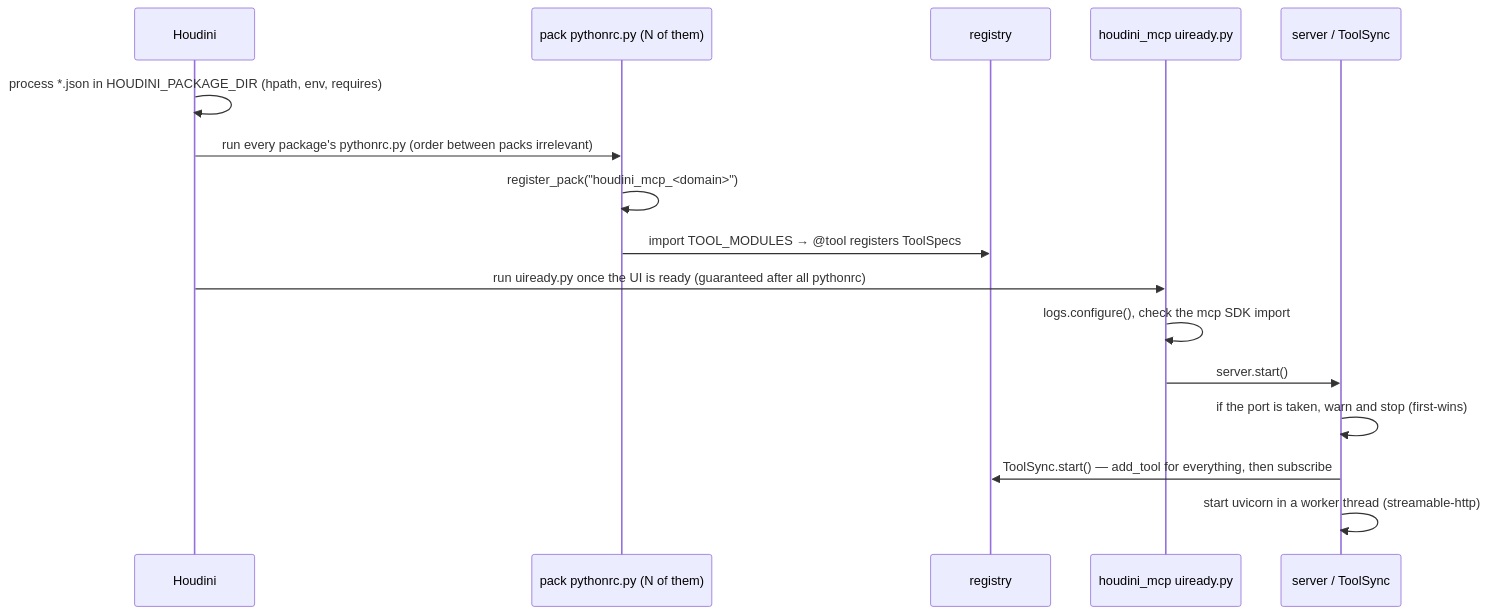
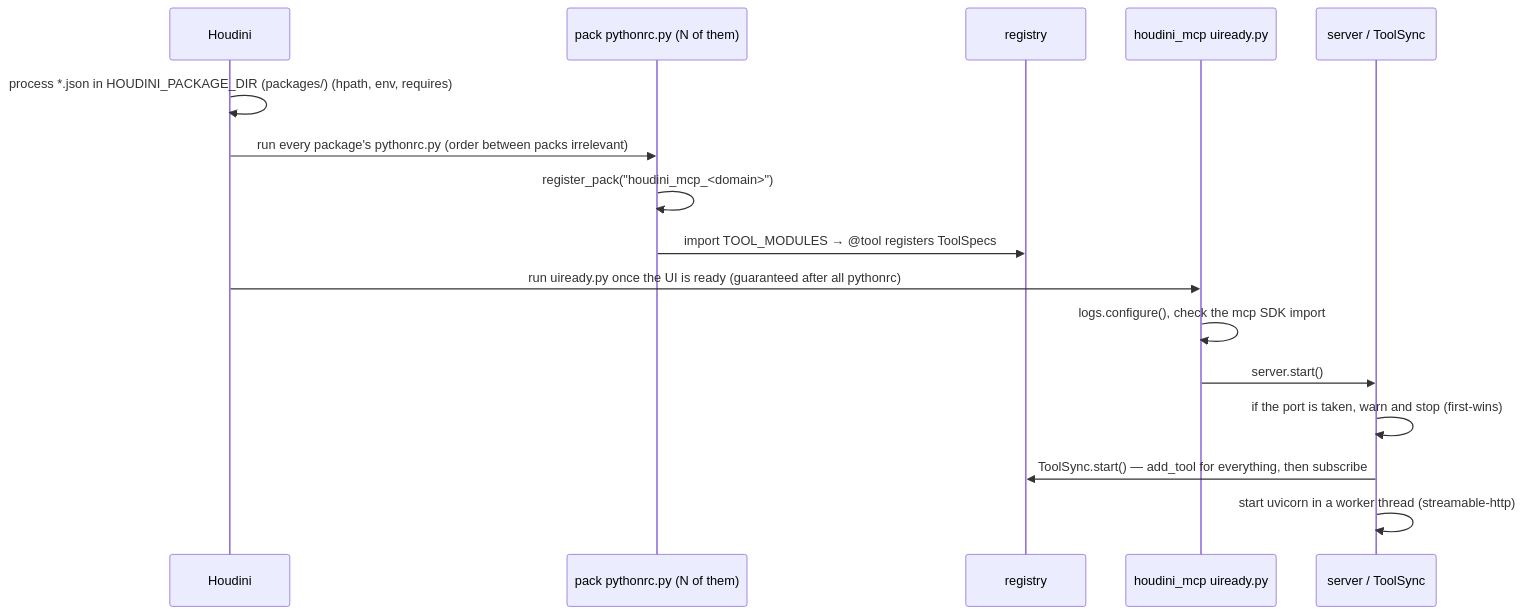
The first of 2 diagrams in docs/architecture.en.md (JuyeongYi/HoudiniMCP), drawn with Mermaid before and after one commit. The commit also changed other lines of this file and 87 other files, not shown here.

First line of the commit message:
문서: 메인 README(한/영), 팩 README 영문판, COP 설계, 패키지 JSON 을 packages/ 로

````diff
--- a/docs/architecture.en.md
+++ b/docs/architecture.en.md
@@ -108,19 +123,19 @@
 ```mermaid
 sequenceDiagram
     participant H as Houdini
     participant P as pack pythonrc.py (N of them)
     participant R as registry
     participant U as houdini_mcp uiready.py
     participant S as server / ToolSync
 
-    H->>H: process *.json in HOUDINI_PACKAGE_DIR (hpath, env, requires)
+    H->>H: process *.json in HOUDINI_PACKAGE_DIR (packages/) (hpath, env, requires)
     H->>P: run every package's pythonrc.py (order between packs irrelevant)
     P->>P: register_pack("houdini_mcp_<domain>")
     P->>R: import TOOL_MODULES → @tool registers ToolSpecs
     H->>U: run uiready.py once the UI is ready (guaranteed after all pythonrc)
     U->>U: logs.configure(), check the mcp SDK import
     U->>S: server.start()
     S->>S: if the port is taken, warn and stop (first-wins)
     S->>R: ToolSync.start() — add_tool for everything, then subscribe
     S->>S: start uvicorn in a worker thread (streamable-http)
 ```
````
